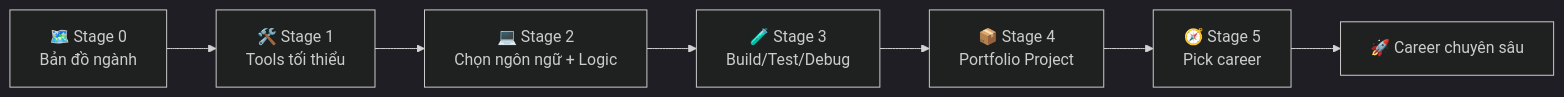
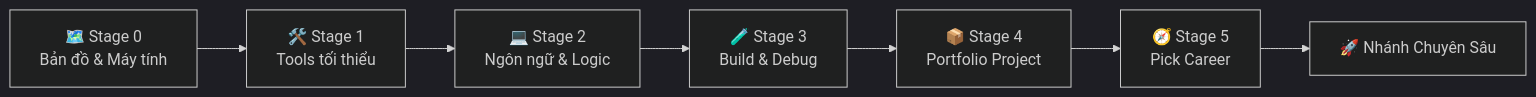
The diagram in 00_Roadmaps/career/zero-to-coder_career-roadmap.md (thanhdevops95/Dev-knowledge), drawn with Mermaid (dark theme) before and after one commit. The commit also changed other lines of this file and 252 other files, not shown here.

````diff
--- a/00_Roadmaps/career/zero-to-coder_career-roadmap.md
+++ b/00_Roadmaps/career/zero-to-coder_career-roadmap.md
@@ -46,9 +38,9 @@
 ```mermaid
 graph LR
-    S0[🗺️ Stage 0<br/>Bản đồ ngành] --> S1[🛠️ Stage 1<br/>Tools tối thiểu]
-    S1 --> S2[💻 Stage 2<br/>Chọn ngôn ngữ + Logic]
-    S2 --> S3[🧪 Stage 3<br/>Build/Test/Debug]
+    S0[🗺️ Stage 0<br/>Bản đồ & Máy tính] --> S1[🛠️ Stage 1<br/>Tools tối thiểu]
+    S1 --> S2[💻 Stage 2<br/>Ngôn ngữ & Logic]
+    S2 --> S3[🧪 Stage 3<br/>Build & Debug]
     S3 --> S4[📦 Stage 4<br/>Portfolio Project]
-    S4 --> S5[🧭 Stage 5<br/>Pick career]
-    S5 --> END[🚀 Career chuyên sâu]
+    S4 --> S5[🧭 Stage 5<br/>Pick Career]
+    S5 --> END[🚀 Nhánh Chuyên Sâu]
 ```
````
